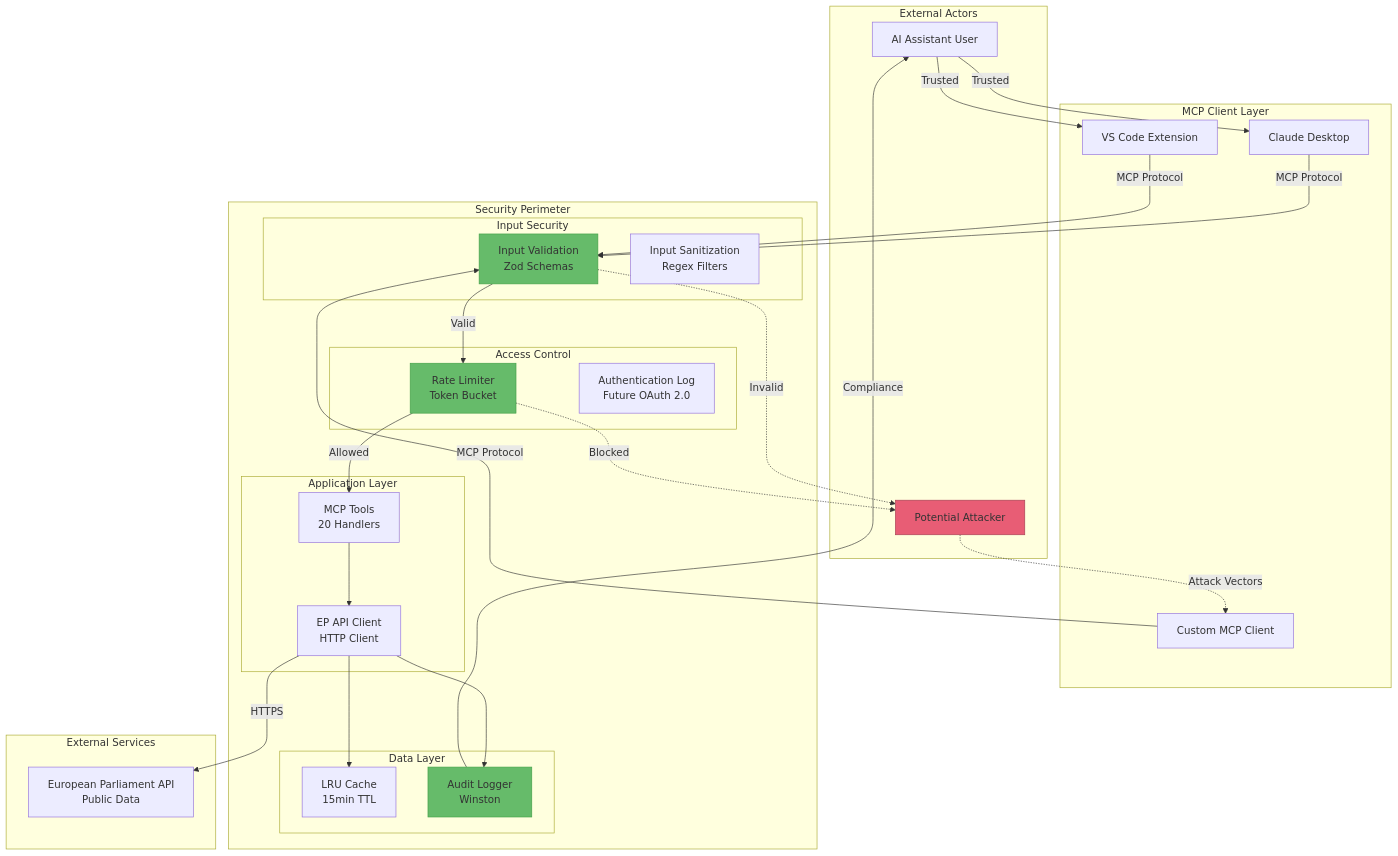
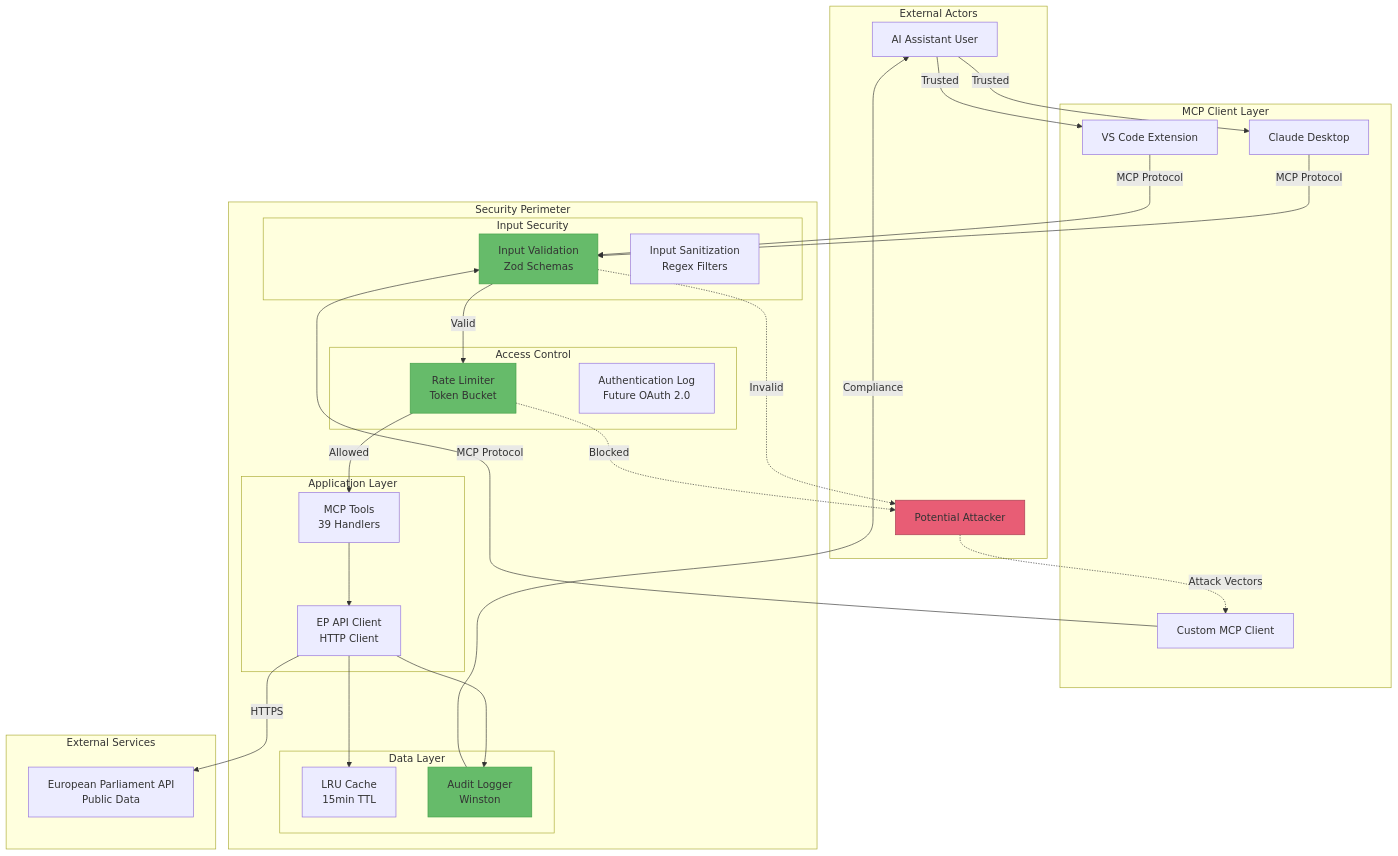
The second of 27 diagrams in SECURITY_ARCHITECTURE.md (Hack23/European-Parliament-MCP-Server), drawn with Mermaid before and after one commit. The commit also changed other lines of this file and 8 other files, not shown here.

````diff
--- a/SECURITY_ARCHITECTURE.md
+++ b/SECURITY_ARCHITECTURE.md
@@ -225,65 +225,65 @@
 ```mermaid
 graph TB
     subgraph "External Actors"
         USER[AI Assistant User]
         ATTACKER[Potential Attacker]
     end
     
     subgraph "MCP Client Layer"
         CLAUDE[Claude Desktop]
         VSCODE[VS Code Extension]
         CUSTOM[Custom MCP Client]
     end
     
     subgraph "Security Perimeter"
         subgraph "Input Security"
             VALIDATOR[Input Validation<br/>Zod Schemas]
             SANITIZER[Input Sanitization<br/>Regex Filters]
         end
         
         subgraph "Access Control"
             RATELIMIT[Rate Limiter<br/>Token Bucket]
             AUTHLOG[Authentication Log<br/>Future OAuth 2.0]
         end
         
         subgraph "Application Layer"
-            TOOLS[MCP Tools<br/>20 Handlers]
+            TOOLS[MCP Tools<br/>39 Handlers]
             CLIENT[EP API Client<br/>HTTP Client]
         end
         
         subgraph "Data Layer"
             CACHE[LRU Cache<br/>15min TTL]
             AUDIT[Audit Logger<br/>Winston]
         end
     end
     
     subgraph "External Services"
         EP_API[European Parliament API<br/>Public Data]
     end
     
     USER -->|Trusted| CLAUDE
     USER -->|Trusted| VSCODE
     ATTACKER -.->|Attack Vectors| CUSTOM
     
     CLAUDE -->|MCP Protocol| VALIDATOR
     VSCODE -->|MCP Protocol| VALIDATOR
     CUSTOM -->|MCP Protocol| VALIDATOR
     
     VALIDATOR -->|Valid| RATELIMIT
     VALIDATOR -.->|Invalid| ATTACKER
     
     RATELIMIT -->|Allowed| TOOLS
     RATELIMIT -.->|Blocked| ATTACKER
     
     TOOLS --> CLIENT
     CLIENT --> CACHE
     CLIENT --> AUDIT
     CLIENT -->|HTTPS| EP_API
     
     AUDIT -->|Compliance| USER
     
     style VALIDATOR fill:#66BB6A,stroke:#43A047
     style RATELIMIT fill:#66BB6A,stroke:#43A047
     style AUDIT fill:#66BB6A,stroke:#43A047
     style ATTACKER fill:#E85D75,stroke:#A53F52
 ```
````
